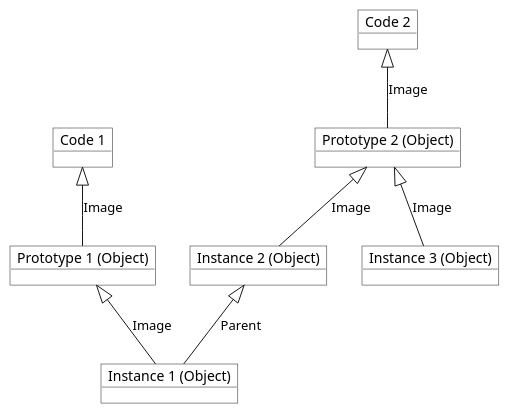
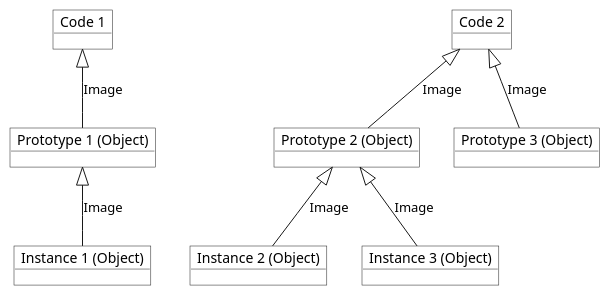
One commit to insolar/insolar changed the fourth of 4 diagrams in docs/source/architecture.rst. Above: the diagram before and after it, drawn with PlantUML. The commit also changed other lines of this file, not shown here.

```diff
--- a/docs/source/architecture.rst
+++ b/docs/source/architecture.rst
@@ -641,25 +628,27 @@
 .. uml::
 
    skinparam backgroundColor transparent
    skinparam object { 
      backgroundColor transparent
    }
 
    object "Code 1" as Code1
    object "Prototype 1 (Object)" as Proto1
    object "Instance 1 (Object)" as Inst1
 
    object "Code 2" as Code2
    object "Prototype 2 (Object)" as Proto2
    object "Instance 2 (Object)" as Inst2
 
    object "Instance 3 (Object)" as Inst3
 
+   object "Prototype 3 (Object)" as Proto3
+
    Code1 <|-- Proto1 : Image
    Proto1 <|-- Inst1 : Image
 
    Code2 <|-- Proto2 : Image
    Proto2 <|-- Inst2 : Image
 
-   Inst2 <|-- Inst1 : Parent
    Proto2 <|-- Inst3 : Image
+   Code2 <|-- Proto3 : Image
```
